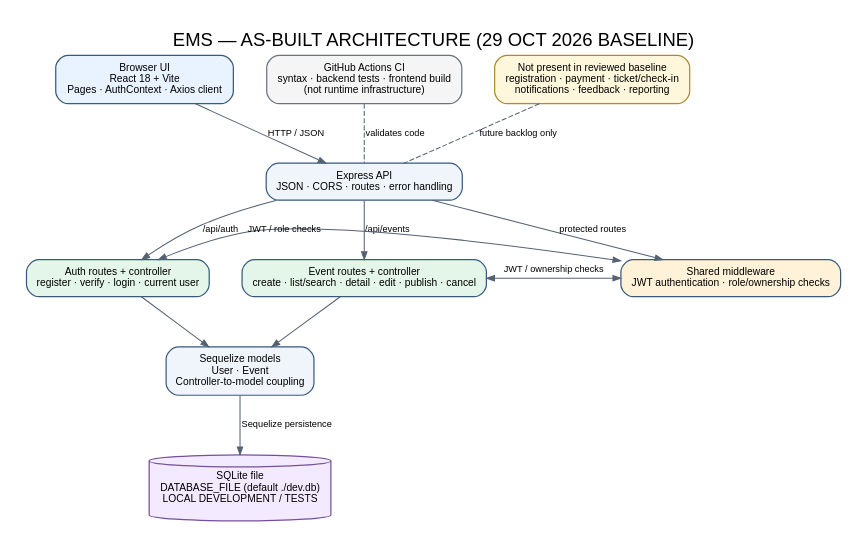
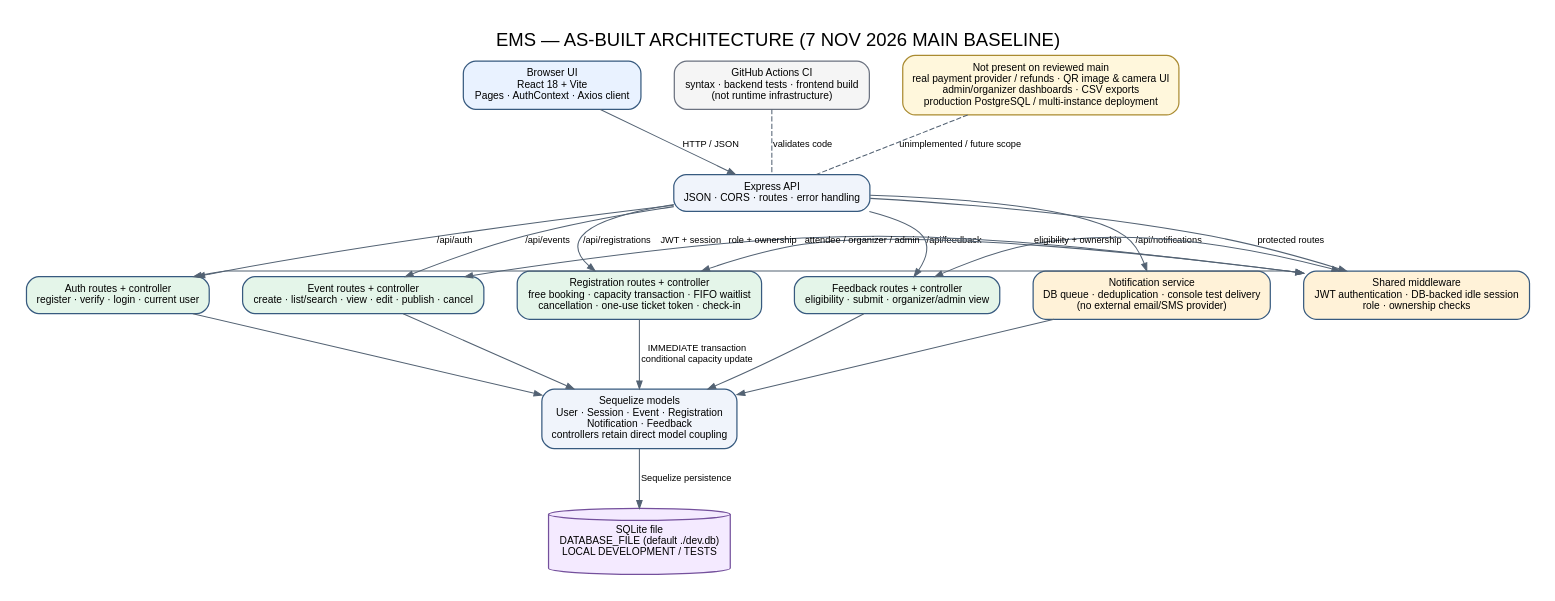
One commit to SE-Miniproject-EMS/SE_Miniproject changed the diagram in docs/diagrams/as-built-architecture.dot. Above: the diagram before and after it, drawn with Graphviz.

Commit message:
docs(architecture): update as-built component diagram

```diff
--- a/docs/diagrams/as-built-architecture.dot
+++ b/docs/diagrams/as-built-architecture.dot
@@ -1,28 +1,41 @@
 digraph asbuilt {
-  graph [rankdir=TB, bgcolor="white", pad="0.25", nodesep="0.45", ranksep="0.65", fontname="Arial", fontsize=18, labelloc=t, label="EMS — AS-BUILT ARCHITECTURE (29 OCT 2026 BASELINE)"];
+  graph [rankdir=TB, bgcolor="white", pad="0.25", nodesep="0.45", ranksep="0.65", fontname="Arial", fontsize=18, labelloc=t, label="EMS — AS-BUILT ARCHITECTURE (7 NOV 2026 MAIN BASELINE)"];
   node [shape=box, style="rounded,filled", fontname="Arial", fontsize=10, color="#375a7f", penwidth=1.2, margin="0.15,0.1"];
   edge [fontname="Arial", fontsize=9, color="#536273", arrowsize=0.75];
 
   browser [label="Browser UI\nReact 18 + Vite\nPages · AuthContext · Axios client", fillcolor="#e9f2ff"];
   express [label="Express API\nJSON · CORS · routes · error handling", fillcolor="#f0f4fb"];
-  {rank=same; auth; events; middleware;}
+
+  {rank=same; auth; events; registration; feedback; notifications; middleware;}
   auth [label="Auth routes + controller\nregister · verify · login · current user", fillcolor="#e4f5e9"];
-  events [label="Event routes + controller\ncreate · list/search · detail · edit · publish · cancel", fillcolor="#e4f5e9"];
-  middleware [label="Shared middleware\nJWT authentication · role/ownership checks", fillcolor="#fff2d8"];
-  models [label="Sequelize models\nUser · Event\nController-to-model coupling", fillcolor="#f0f4fb"];
+  events [label="Event routes + controller\ncreate · list/search · view · edit · publish · cancel", fillcolor="#e4f5e9"];
+  registration [label="Registration routes + controller\nfree booking · capacity transaction · FIFO waitlist\ncancellation · one-use ticket token · check-in", fillcolor="#e4f5e9"];
+  feedback [label="Feedback routes + controller\neligibility · submit · organizer/admin view", fillcolor="#e4f5e9"];
+  notifications [label="Notification service\nDB queue · deduplication · console test delivery\n(no external email/SMS provider)", fillcolor="#fff2d8"];
+  middleware [label="Shared middleware\nJWT authentication · DB-backed idle session\nrole · ownership checks", fillcolor="#fff2d8"];
+
+  models [label="Sequelize models\nUser · Session · Event · Registration\nNotification · Feedback\ncontrollers retain direct model coupling", fillcolor="#f0f4fb"];
   sqlite [shape=cylinder, label="SQLite file\nDATABASE_FILE (default ./dev.db)\nLOCAL DEVELOPMENT / TESTS", fillcolor="#f4eaff", color="#74509c"];
   ci [label="GitHub Actions CI\nsyntax · backend tests · frontend build\n(not runtime infrastructure)", fillcolor="#f5f5f5", color="#6b7280"];
-  missing [label="Not present in reviewed baseline\nregistration · payment · ticket/check-in\nnotifications · feedback · reporting", fillcolor="#fff7dc", color="#aa8b31"];
+  missing [label="Not present on reviewed main\nreal payment provider / refunds · QR image & camera UI\nadmin/organizer dashboards · CSV exports\nproduction PostgreSQL / multi-instance deployment", fillcolor="#fff7dc", color="#aa8b31"];
 
   browser -> express [label="HTTP / JSON"];
   express -> auth [label="/api/auth"];
   express -> events [label="/api/events"];
+  express -> registration [label="/api/registrations"];
+  express -> feedback [label="/api/feedback"];
+  express -> notifications [label="/api/notifications"];
   express -> middleware [label="protected routes"];
-  auth -> middleware [dir=both, label="JWT / role checks", constraint=false];
-  events -> middleware [dir=both, label="JWT / ownership checks", constraint=false];
+  auth -> middleware [dir=both, label="JWT + session", constraint=false];
+  events -> middleware [dir=both, label="role + ownership", constraint=false];
+  registration -> middleware [dir=both, label="attendee / organizer / admin", constraint=false];
+  feedback -> middleware [dir=both, label="eligibility + ownership", constraint=false];
   auth -> models;
   events -> models;
+  registration -> models [label="IMMEDIATE transaction\nconditional capacity update"];
+  feedback -> models;
+  notifications -> models;
   models -> sqlite [label="Sequelize persistence"];
   ci -> express [style=dashed, arrowhead=none, label="validates code"];
-  missing -> express [style=dashed, arrowhead=none, label="future backlog only"];
+  missing -> express [style=dashed, arrowhead=none, label="unimplemented / future scope"];
 }
```
